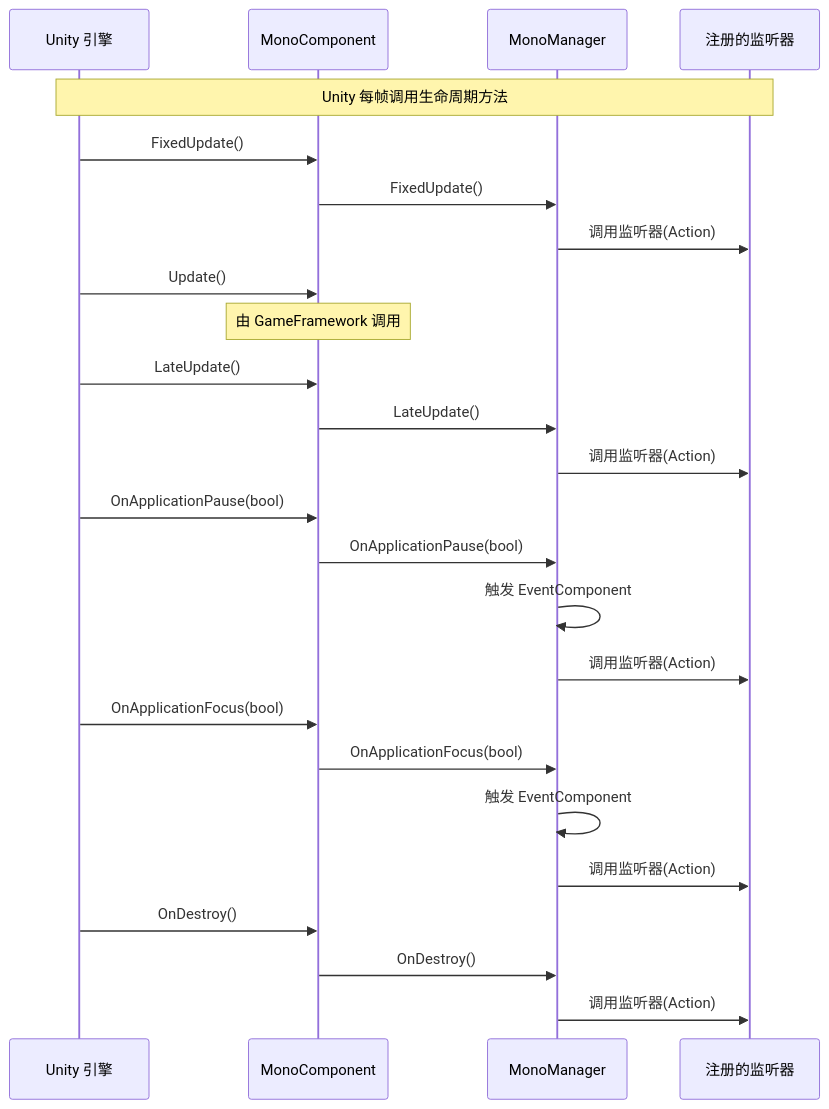
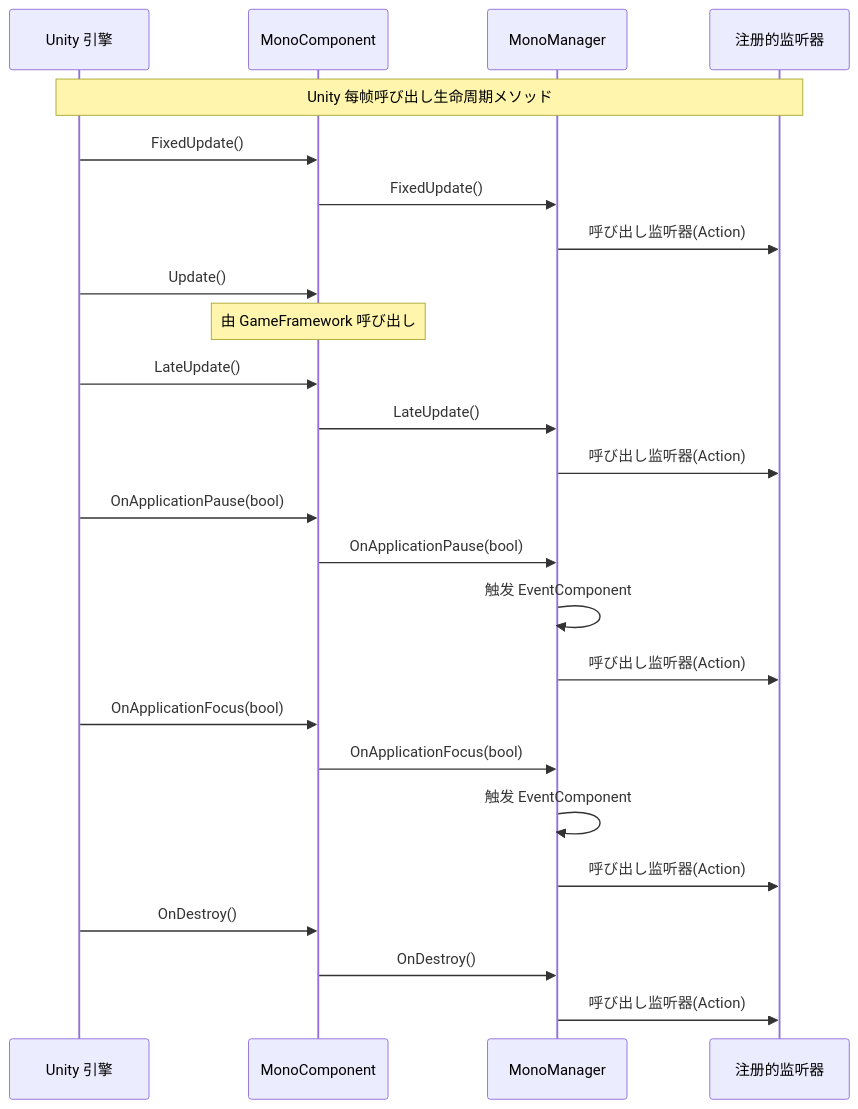
One commit to AlianBlank/GameFrameX.Docs changed the second of 3 diagrams in docs/ja/client/unity/component/mono/06.monomanager.md. Above: the diagram before and after it, drawn with Mermaid. The commit also changed other lines of this file and 603 other files, not shown here.

````diff
--- a/docs/ja/client/unity/component/mono/06.monomanager.md
+++ b/docs/ja/client/unity/component/mono/06.monomanager.md
@@ -60,34 +60,34 @@
 ```mermaid
 sequenceDiagram
     participant Unity as Unity 引擎
     participant MC as MonoComponent
     participant MM as MonoManager
     participant Listener as 注册的监听器
 
-    Note over Unity,Listener: Unity 每帧调用生命周期方法
+    Note over Unity,Listener: Unity 每帧呼び出し生命周期メソッド
 
     Unity->>MC: FixedUpdate()
     MC->>MM: FixedUpdate()
-    MM->>Listener: 调用监听器(Action)
+    MM->>Listener: 呼び出し监听器(Action)
 
     Unity->>MC: Update()
-    Note over MC: 由 GameFramework 调用
+    Note over MC: 由 GameFramework 呼び出し
 
     Unity->>MC: LateUpdate()
     MC->>MM: LateUpdate()
-    MM->>Listener: 调用监听器(Action)
+    MM->>Listener: 呼び出し监听器(Action)
 
     Unity->>MC: OnApplicationPause(bool)
     MC->>MM: OnApplicationPause(bool)
     MM->>MM: 触发 EventComponent
-    MM->>Listener: 调用监听器(Action)
+    MM->>Listener: 呼び出し监听器(Action)
 
     Unity->>MC: OnApplicationFocus(bool)
     MC->>MM: OnApplicationFocus(bool)
     MM->>MM: 触发 EventComponent
-    MM->>Listener: 调用监听器(Action)
+    MM->>Listener: 呼び出し监听器(Action)
 
     Unity->>MC: OnDestroy()
     MC->>MM: OnDestroy()
-    MM->>Listener: 调用监听器(Action)
+    MM->>Listener: 呼び出し监听器(Action)
 ```
````
